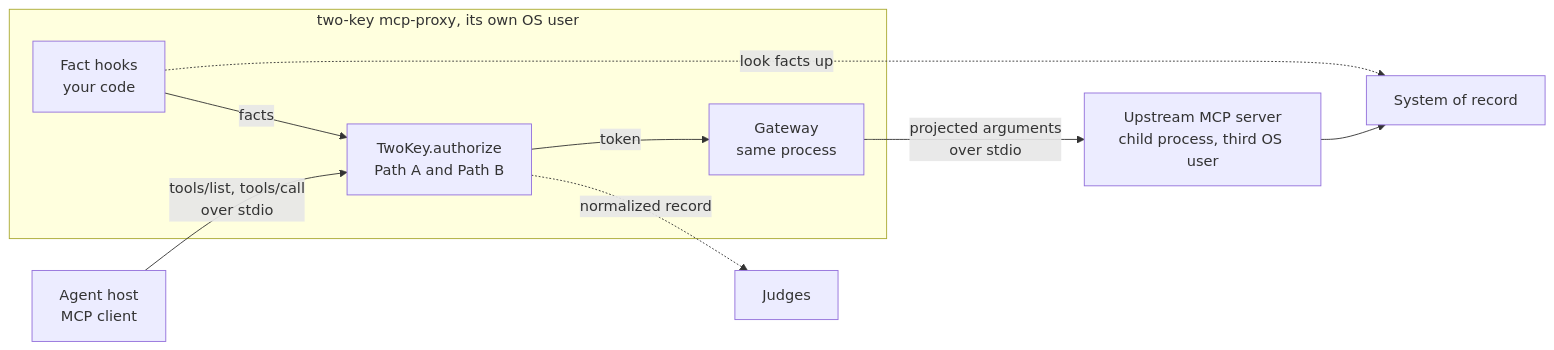
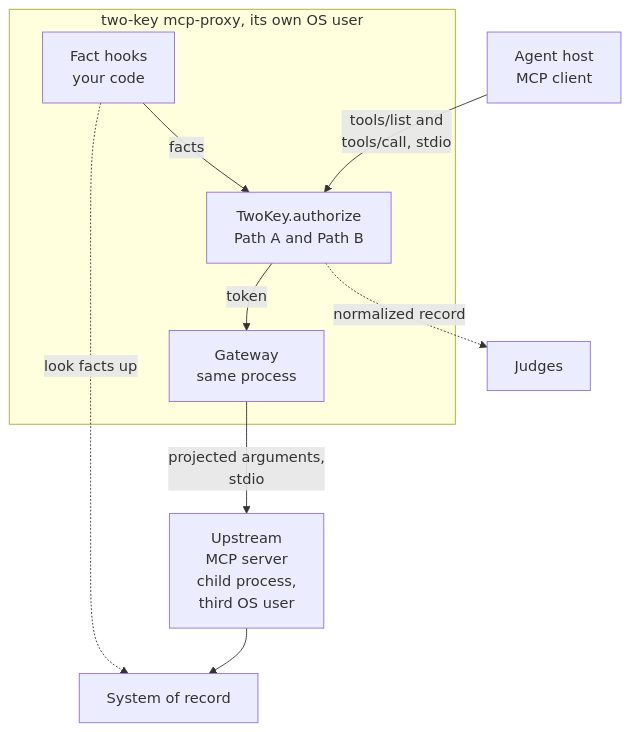
Before and after one commit to Insomniac-VibeLabs/two-key: the first of 4 diagrams in README.md, drawn with Mermaid. The commit also changed other lines of this file and 3 other files, not shown here.

First line of the commit message:
README: MCP proxy diagram top to bottom so labels do not overlap; 0.8.0 and 0.9.0 marked as betas

````diff
--- a/README.md
+++ b/README.md
@@ -143,12 +143,12 @@
 ```mermaid
-flowchart LR
-  host["Agent host<br/>MCP client"] -- "tools/list, tools/call<br/>over stdio" --> tk
+flowchart TD
+  host["Agent host<br/>MCP client"] -- "tools/list and<br/>tools/call, stdio" --> tk
   subgraph proxy["two-key mcp-proxy, its own OS user"]
-    tk["TwoKey.authorize<br/>Path A and Path B"] -- "token" --> gw["Gateway<br/>same process"]
-    hooks["Fact hooks<br/>your code"] -- "facts" --> tk
+    hooks["Fact hooks<br/>your code"] -- "facts" --> tk["TwoKey.authorize<br/>Path A and Path B"]
+    tk -- "token" --> gw["Gateway<br/>same process"]
   end
   tk -. "normalized record" .-> judges["Judges"]
-  gw -- "projected arguments<br/>over stdio" --> up["Upstream MCP server<br/>child process, third OS user"]
+  gw -- "projected arguments,<br/>stdio" --> up["Upstream<br/>MCP server<br/>child process,<br/>third OS user"]
   up --> sor["System of record"]
   hooks -. "look facts up" .-> sor
 ```
````
